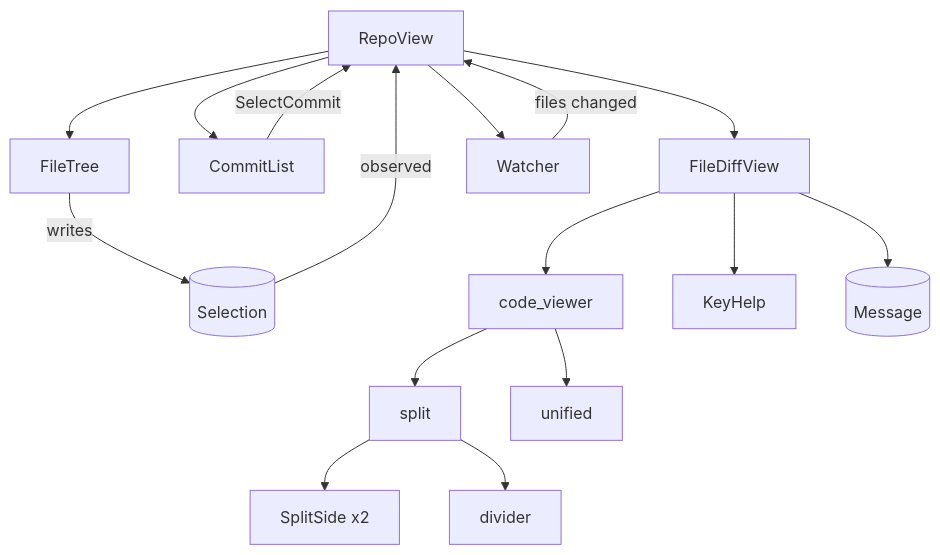
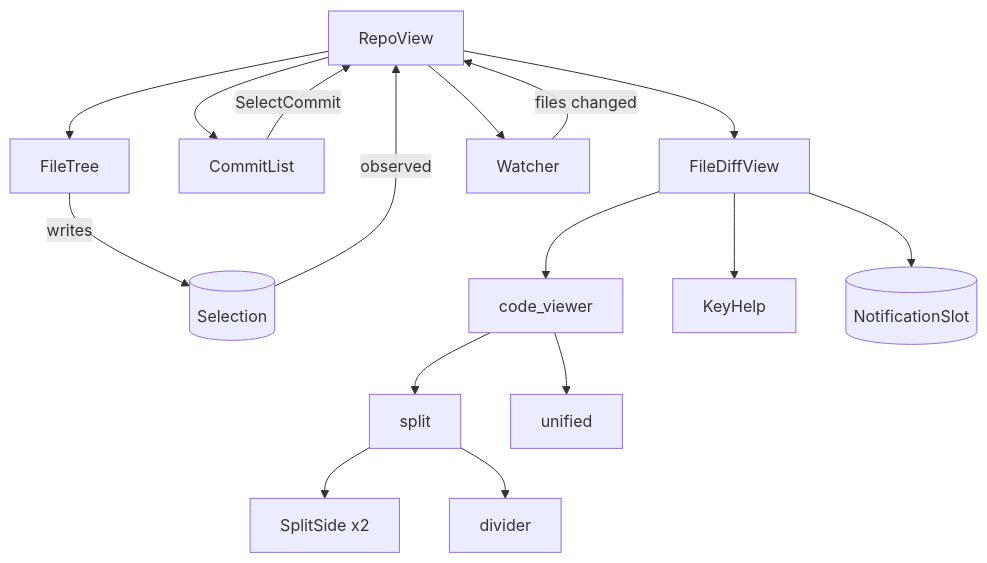
One commit to akemkers/jetdiff changed the diagram in crates/jetdiff-ui/README.md. Above: the diagram before and after it, drawn with Mermaid. The commit also changed other lines of this file and 22 other files, not shown here.

````diff
--- a/crates/jetdiff-ui/README.md
+++ b/crates/jetdiff-ui/README.md
@@ -38,18 +38,18 @@
 ```mermaid
 graph TD
     rv[RepoView] --> tree[FileTree]
     rv --> commits[CommitList]
     rv --> fdv[FileDiffView]
     rv --> watcher[Watcher]
     tree -- writes --> sel[(Selection)]
     sel -- observed --> rv
     commits -- SelectCommit --> rv
     watcher -- files changed --> rv
     fdv --> viewer[code_viewer]
     viewer --> split[split]
     viewer --> unified[unified]
     split --> side[SplitSide x2]
     split --> div[divider]
     fdv --> help[KeyHelp]
-    fdv --> msg[(Message)]
+    fdv --> slot[(NotificationSlot)]
 ```
````
